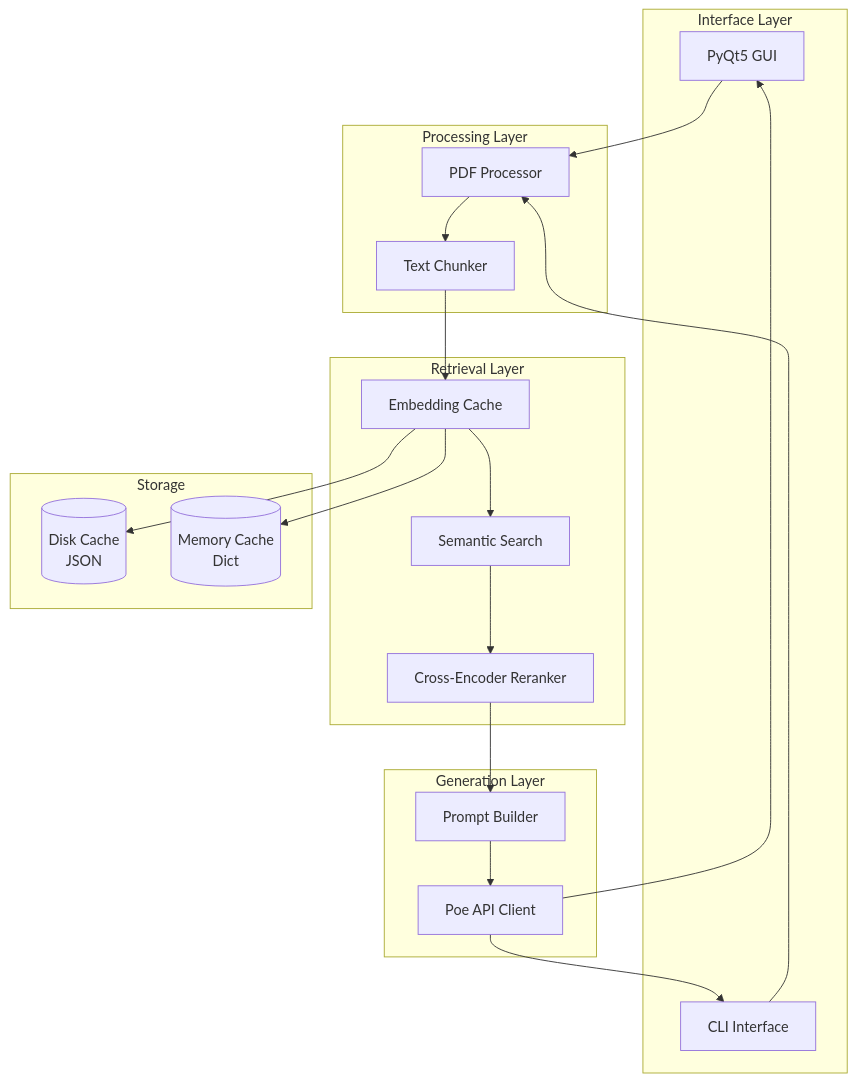
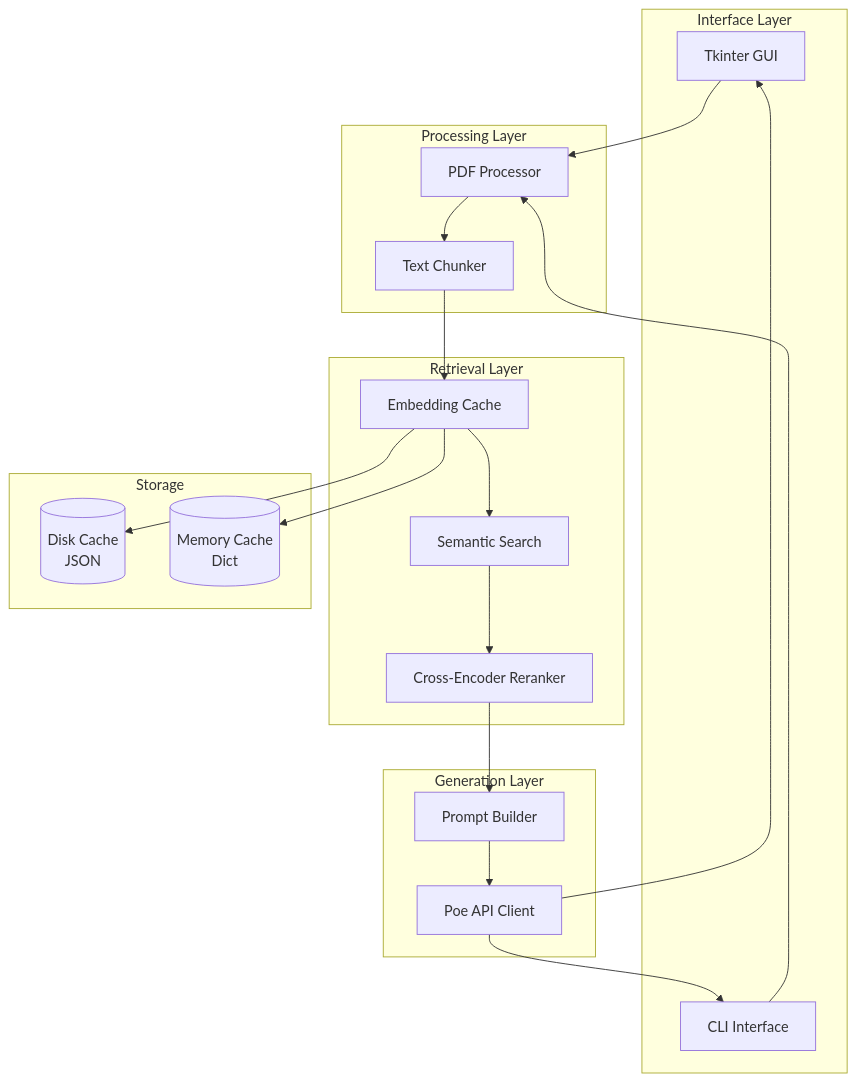
One commit to wedsamuel1230/feeding-llm-pdf-test changed the diagram in docs/architecture.md. Above: the diagram before and after it, drawn with Mermaid. The commit also changed other lines of this file and 12 other files, not shown here.

````diff
--- a/docs/architecture.md
+++ b/docs/architecture.md
@@ -9,41 +9,41 @@
 ```mermaid
 graph TB
     subgraph "Interface Layer"
-        GUI[PyQt5 GUI]
+        GUI[Tkinter GUI]
         CLI[CLI Interface]
     end
     
     subgraph "Processing Layer"
         PDFProc[PDF Processor]
         Chunker[Text Chunker]
     end
     
     subgraph "Retrieval Layer"
         EmbCache[Embedding Cache]
         SemSearch[Semantic Search]
         Reranker[Cross-Encoder Reranker]
     end
     
     subgraph "Generation Layer"
         PromptBuilder[Prompt Builder]
         PoeClient[Poe API Client]
     end
     
     subgraph "Storage"
         DiskCache[(Disk Cache<br/>JSON)]
         MemCache[(Memory Cache<br/>Dict)]
     end
     
     GUI --> PDFProc
     CLI --> PDFProc
     PDFProc --> Chunker
     Chunker --> EmbCache
     EmbCache --> DiskCache
     EmbCache --> MemCache
     EmbCache --> SemSearch
     SemSearch --> Reranker
     Reranker --> PromptBuilder
     PromptBuilder --> PoeClient
     PoeClient --> GUI
     PoeClient --> CLI
 ```
````
